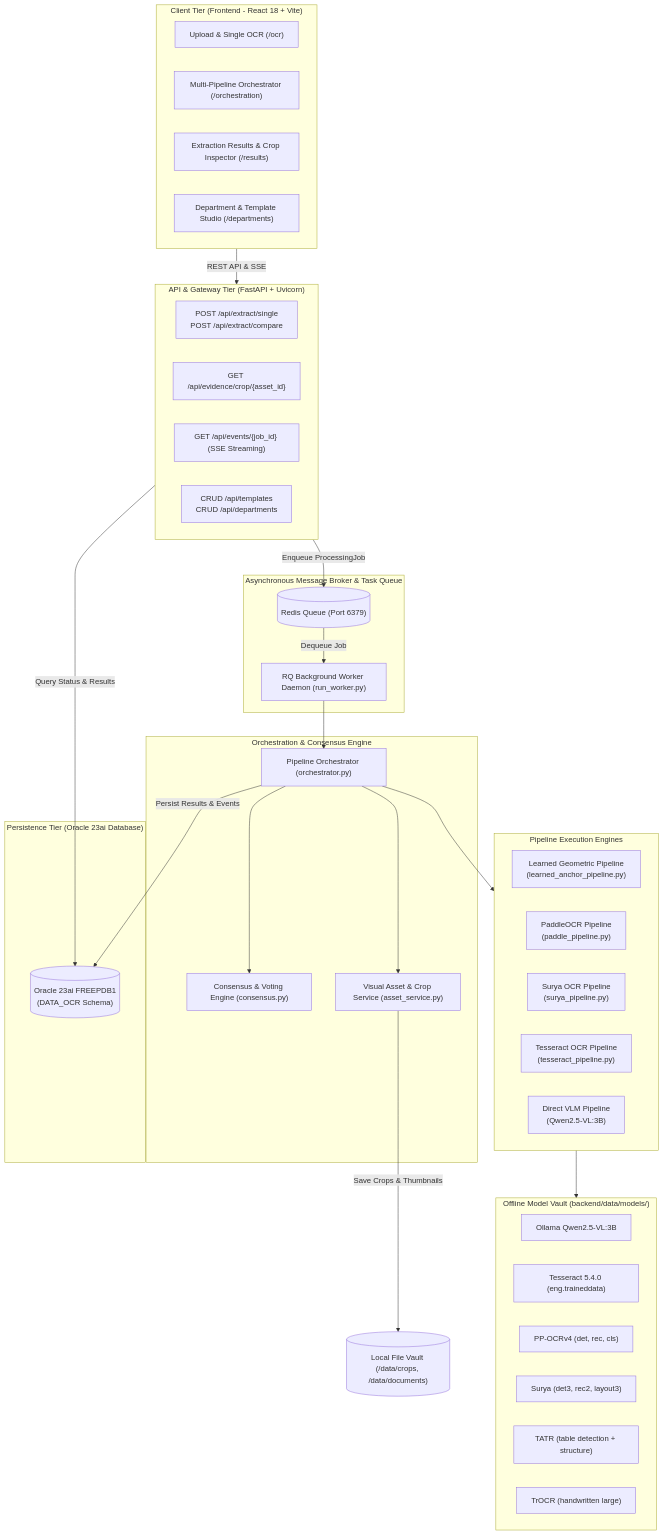
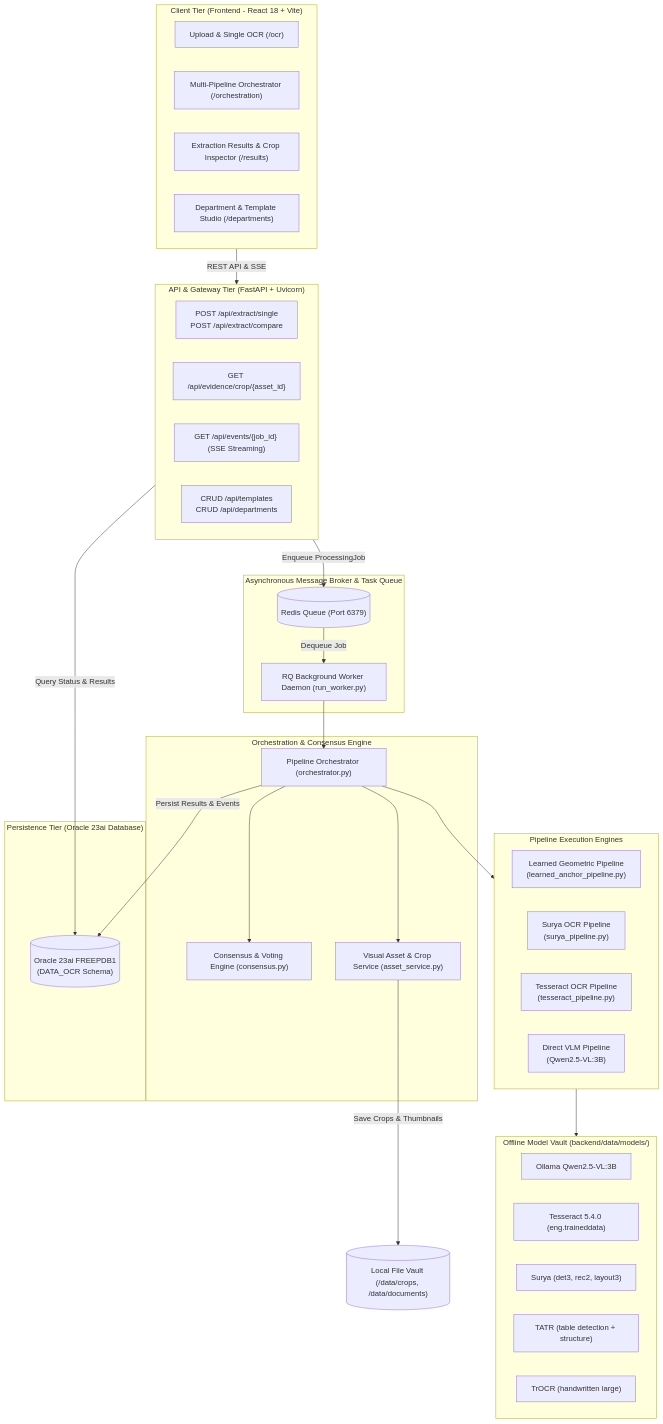
One commit to itssundaram/OCR changed the first of 5 diagrams in ARCHITECTURE_AND_WORKFLOW.md. Above: the diagram before and after it, drawn with Mermaid. The commit also changed other lines of this file and 23 other files, not shown here.

````diff
--- a/ARCHITECTURE_AND_WORKFLOW.md
+++ b/ARCHITECTURE_AND_WORKFLOW.md
@@ -23,61 +23,59 @@
 ```mermaid
 flowchart TD
     subgraph ClientTier ["Client Tier (Frontend - React 18 + Vite)"]
         UI_Upload["Upload & Single OCR (/ocr)"]
         UI_Orch["Multi-Pipeline Orchestrator (/orchestration)"]
         UI_Results["Extraction Results & Crop Inspector (/results)"]
         UI_Dept["Department & Template Studio (/departments)"]
     end
 
     subgraph APITier ["API & Gateway Tier (FastAPI + Uvicorn)"]
         API_Extract["POST /api/extract/single<br/>POST /api/extract/compare"]
         API_Evidence["GET /api/evidence/crop/{asset_id}"]
         API_Events["GET /api/events/{job_id} (SSE Streaming)"]
         API_Templates["CRUD /api/templates<br/>CRUD /api/departments"]
     end
 
     subgraph BrokerTier ["Asynchronous Message Broker & Task Queue"]
         RedisDB[("Redis Queue (Port 6379)")]
         RQWorker["RQ Background Worker Daemon (run_worker.py)"]
     end
 
     subgraph OrchestratorTier ["Orchestration & Consensus Engine"]
         Orchestrator["Pipeline Orchestrator (orchestrator.py)"]
         ConsensusEngine["Consensus & Voting Engine (consensus.py)"]
         AssetService["Visual Asset & Crop Service (asset_service.py)"]
     end
 
     subgraph PipelineEngines ["Pipeline Execution Engines"]
         P_Learned["Learned Geometric Pipeline<br/>(learned_anchor_pipeline.py)"]
-        P_Paddle["PaddleOCR Pipeline<br/>(paddle_pipeline.py)"]
         P_Surya["Surya OCR Pipeline<br/>(surya_pipeline.py)"]
         P_Tesseract["Tesseract OCR Pipeline<br/>(tesseract_pipeline.py)"]
         P_Qwen["Direct VLM Pipeline<br/>(Qwen2.5-VL:3B)"]
     end
 
     subgraph OfflineModels ["Offline Model Vault (backend/data/models/)"]
         M_Qwen["Ollama Qwen2.5-VL:3B"]
         M_Tess["Tesseract 5.4.0 (eng.traineddata)"]
-        M_Paddle["PP-OCRv4 (det, rec, cls)"]
         M_Surya["Surya (det3, rec2, layout3)"]
         M_TATR["TATR (table detection + structure)"]
         M_TrOCR["TrOCR (handwritten large)"]
     end
 
     subgraph DatabaseTier ["Persistence Tier (Oracle 23ai Database)"]
         OracleDB[("Oracle 23ai FREEPDB1<br/>(DATA_OCR Schema)")]
     end
 
     %% Wiring
     ClientTier -->|REST API & SSE| APITier
     APITier -->|Enqueue ProcessingJob| RedisDB
     RedisDB -->|Dequeue Job| RQWorker
     RQWorker --> Orchestrator
     Orchestrator --> PipelineEngines
     Orchestrator --> ConsensusEngine
     Orchestrator --> AssetService
     PipelineEngines --> OfflineModels
     Orchestrator -->|Persist Results & Events| OracleDB
     AssetService -->|Save Crops & Thumbnails| FileSystem[("Local File Vault (/data/crops, /data/documents)")]
     APITier -->|Query Status & Results| OracleDB
 ```
````
